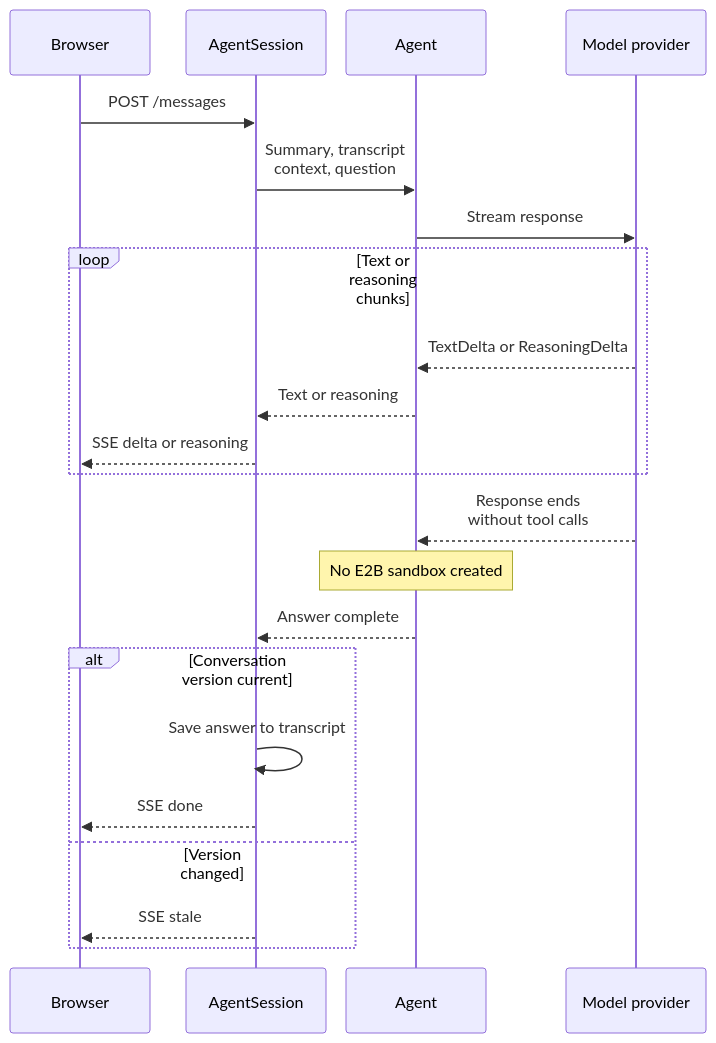
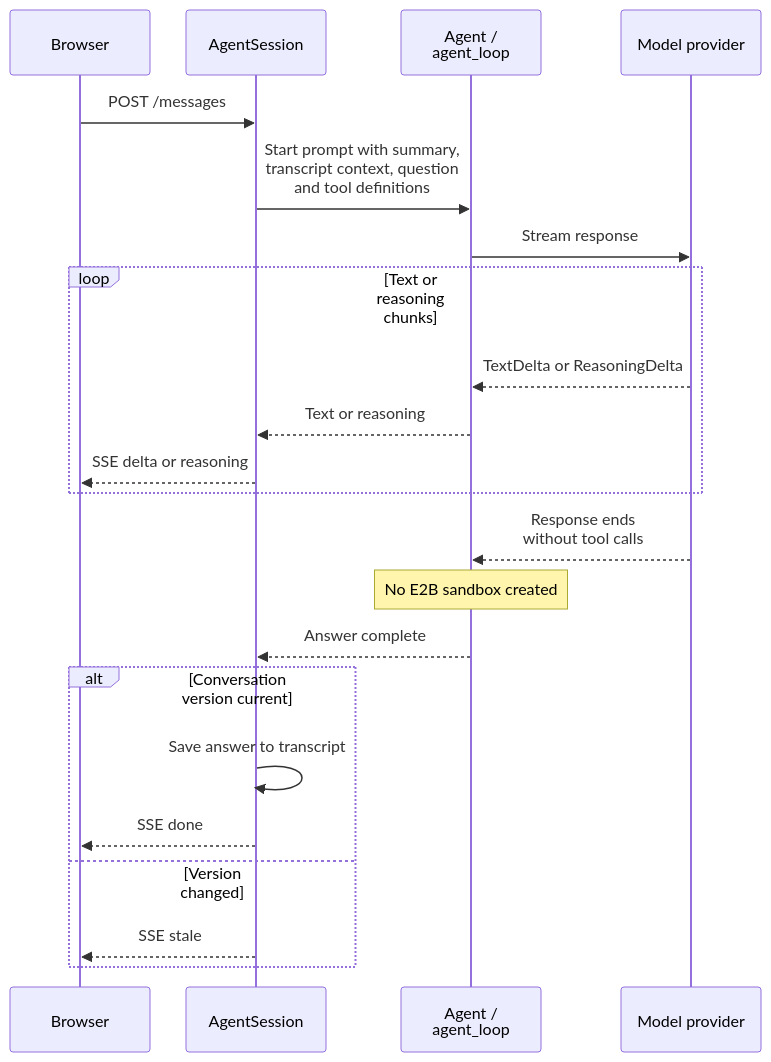
One commit to j3soon/nurse-scheduling changed the sixth of 14 diagrams in docs/content/developer-guide/ai-assistant.md. Above: the diagram before and after it, drawn with Mermaid. The commit also changed other lines of this file and 1 other file, not shown here.

First line of the commit message:
docs(ai): clarify runtime flow and diagram relationships

````diff
--- a/docs/content/developer-guide/ai-assistant.md
+++ b/docs/content/developer-guide/ai-assistant.md
@@ -313,35 +244,35 @@
 ```mermaid
 ---
 config:
   sequence:
     actorMargin: 12
     width: 140
     diagramMarginX: 4
     diagramMarginY: 8
     wrap: false
     wrapPadding: 4
 ---
 sequenceDiagram
     participant Browser
     participant AI as AgentSession
-    participant Agent as Agent
+    participant Agent as Agent /<br/>agent_loop
     participant Model as Model provider
 
     Browser->>AI: POST /messages
-    AI->>Agent: Summary, transcript<br/>context, question
+    AI->>Agent: Start prompt with summary,<br/>transcript context, question<br/>and tool definitions
     Agent->>Model: Stream response
     loop Text or reasoning chunks
         Model-->>Agent: TextDelta or ReasoningDelta
         Agent-->>AI: Text or reasoning
         AI-->>Browser: SSE delta or reasoning
     end
     Model-->>Agent: Response ends<br/>without tool calls
     Note over Agent: No E2B sandbox created
     Agent-->>AI: Answer complete
     alt Conversation version current
         AI->>AI: Save answer to transcript
         AI-->>Browser: SSE done
     else Version changed
         AI-->>Browser: SSE stale
     end
 ```
````
